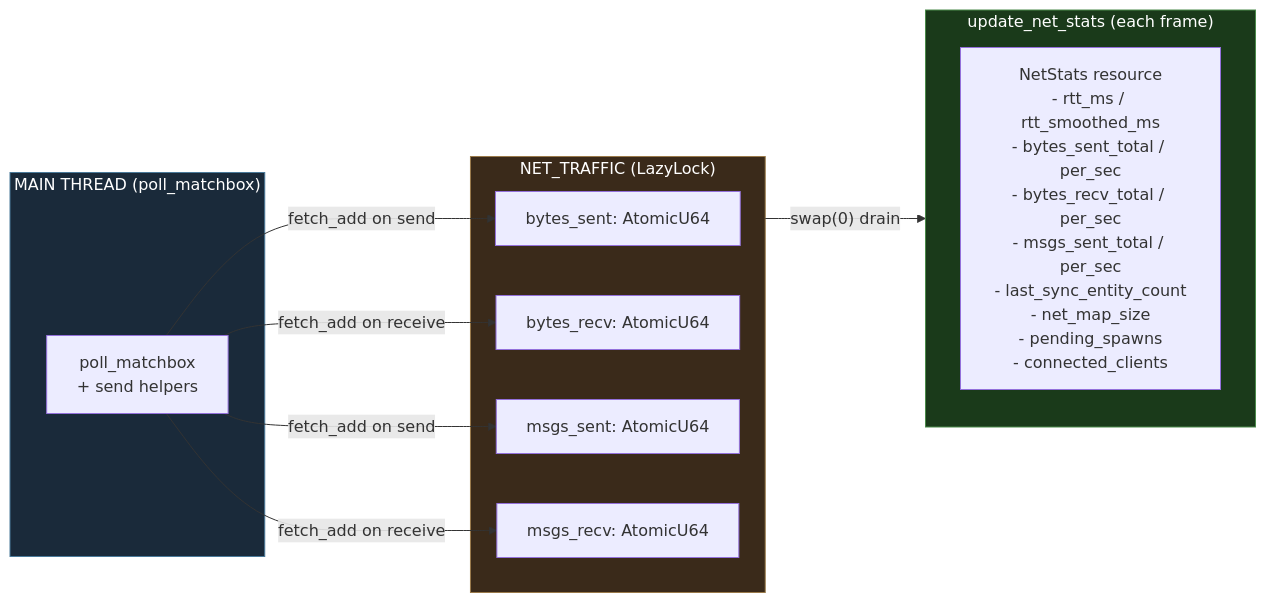
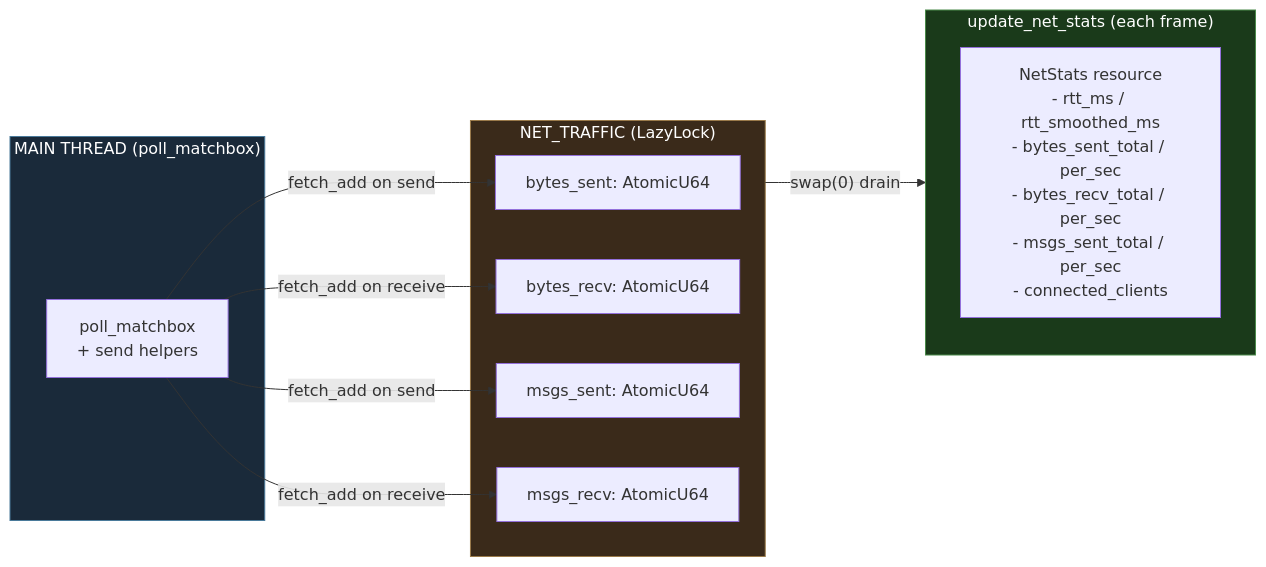
One commit to pashaydev/RTS changed the ninth of 10 diagrams in docs/mul-arch.md. Above: the diagram before and after it, drawn with Mermaid. The commit also changed other lines of this file and 77 other files, not shown here.

````diff
--- a/docs/mul-arch.md
+++ b/docs/mul-arch.md
@@ -555,27 +426,27 @@
 ```mermaid
 flowchart LR
     subgraph MainThread["MAIN THREAD (poll_matchbox)"]
         Poll["poll_matchbox\n+ send helpers"]
     end
 
     subgraph Atomics["NET_TRAFFIC (LazyLock)"]
         BS["bytes_sent: AtomicU64"]
         BR["bytes_recv: AtomicU64"]
         MS["msgs_sent: AtomicU64"]
         MR["msgs_recv: AtomicU64"]
     end
 
     subgraph ECS["update_net_stats (each frame)"]
-        NS["NetStats resource\n- rtt_ms / rtt_smoothed_ms\n- bytes_sent_total / per_sec\n- bytes_recv_total / per_sec\n- msgs_sent_total / per_sec\n- last_sync_entity_count\n- net_map_size\n- pending_spawns\n- connected_clients"]
+        NS["NetStats resource\n- rtt_ms / rtt_smoothed_ms\n- bytes_sent_total / per_sec\n- bytes_recv_total / per_sec\n- msgs_sent_total / per_sec\n- connected_clients"]
     end
 
     Poll -->|"fetch_add on send"| BS
     Poll -->|"fetch_add on send"| MS
     Poll -->|"fetch_add on receive"| BR
     Poll -->|"fetch_add on receive"| MR
     Atomics -->|"swap(0) drain"| ECS
 
     style MainThread fill:#1a2a3a,stroke:#4a7a9a,color:#fff
     style Atomics fill:#3a2a1a,stroke:#9a7a4a,color:#fff
     style ECS fill:#1a3a1a,stroke:#4a8a4a,color:#fff
 ```
````
